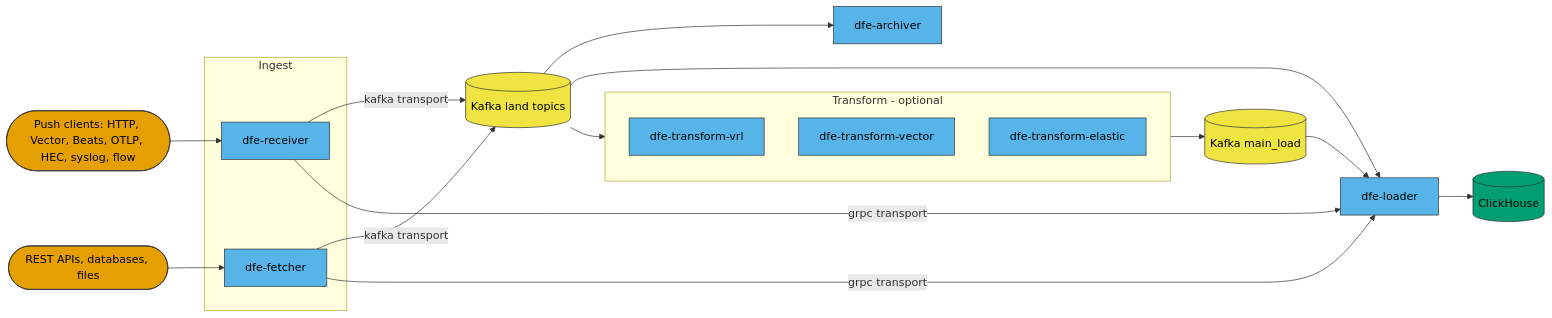
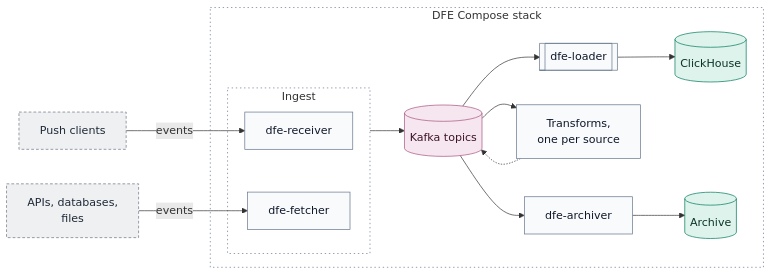
The first of 4 diagrams in docs/architecture.md (hyperi-io/dfe-docker), drawn with Mermaid before and after one commit. The commit also changed other lines of this file and 28 other files, not shown here.

First line of the commit message:
docs(docker): fix claims and redraw diagrams

````diff
--- a/docs/architecture.md
+++ b/docs/architecture.md
@@ -27,41 +27,41 @@
 ```mermaid
 flowchart LR
-    classDef ext fill:#E69F00,stroke:#333333,color:#000000
-    classDef dfe fill:#56B4E9,stroke:#333333,color:#000000
-    classDef store fill:#009E73,stroke:#333333,color:#000000
-    classDef broker fill:#F0E442,stroke:#333333,color:#000000
+    accTitle: L2 Services -- DFE Compose stack
+    accDescr: Push clients send events to dfe-receiver and dfe-fetcher pulls them from APIs, databases and files. Both produce to Kafka topics. dfe-loader reads the topics and writes ClickHouse, dfe-archiver writes each source's raw events to its archive, and a transform reads a source's topic and writes the transformed topic the loader then reads.
 
-    push(["Push clients: HTTP, Vector, Beats, OTLP, HEC, syslog, flow"]):::ext
-    api(["REST APIs, databases, files"]):::ext
+    push["Push clients"]
+    pull["APIs, databases,<br/>files"]
 
-    subgraph ingest [Ingest]
-        receiver["dfe-receiver"]:::dfe
-        fetcher["dfe-fetcher"]:::dfe
+    subgraph stack["DFE Compose stack"]
+        subgraph ingest["Ingest"]
+            receiver["dfe-receiver"]
+            fetcher["dfe-fetcher"]
+        end
+        topics[("Kafka topics")]
+        loader[["dfe-loader"]]
+        transforms["Transforms,<br/>one per source"]
+        archiver["dfe-archiver"]
+        ch[("ClickHouse")]
+        archive[("Archive")]
     end
 
-    land[(Kafka land topics)]:::broker
+    push -->|events| receiver
+    pull -->|events| fetcher
+    ingest --> topics
+    topics --> loader
+    topics --> transforms
+    topics --> archiver
+    loader --> ch
+    archiver --> archive
+    transforms -.-> topics
 
-    subgraph xform [Transform - optional]
-        vrl["dfe-transform-vrl"]:::dfe
-        vector["dfe-transform-vector"]:::dfe
-        elastic["dfe-transform-elastic"]:::dfe
-    end
-
-    load[(Kafka main_load)]:::broker
-    archiver["dfe-archiver"]:::dfe
-    loader["dfe-loader"]:::dfe
-    ch[(ClickHouse)]:::store
-
-    push --> receiver
-    api --> fetcher
-    receiver -->|kafka transport| land
-    fetcher -->|kafka transport| land
-    receiver -->|grpc transport| loader
-    fetcher -->|grpc transport| loader
-    land --> archiver
-    land --> loader
-    land --> xform
-    xform --> load
-    load --> loader
-    loader --> ch
+    classDef default fill:#F8FAFC,stroke:#64748B,stroke-width:1px,color:#0F172A
+    classDef store fill:#DDF3EC,stroke:#00785A,stroke-width:1px,color:#0B3327
+    classDef async fill:#F6E6EF,stroke:#A8517F,stroke-width:1px,color:#3D1529
+    classDef ext fill:#EEF0F2,stroke:#6B7280,stroke-width:1px,stroke-dasharray:4 3,color:#1F2937
+    classDef group fill:none,stroke:#64748B,stroke-width:1px,stroke-dasharray:2 4
+    class push,pull ext
+    class topics async
+    class ch,archive store
+    class stack,ingest group
 ```
````
